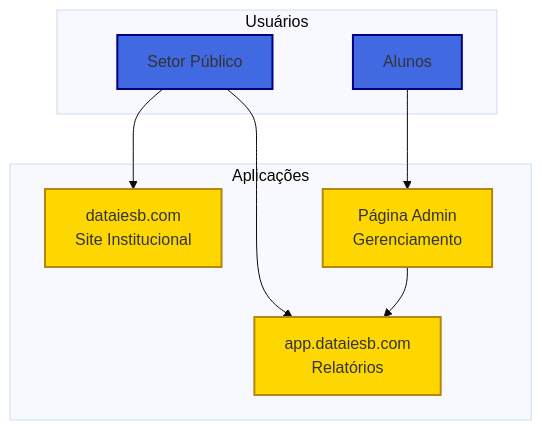
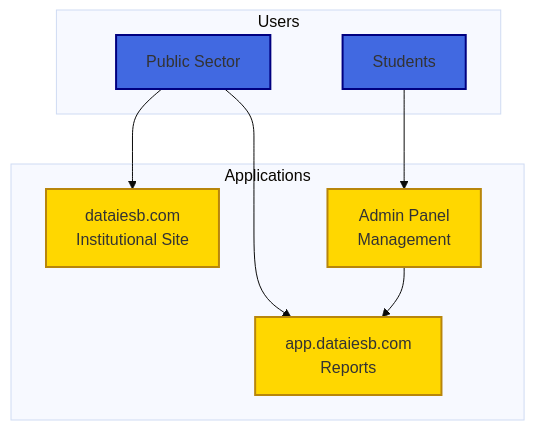
One commit to Data-iesb/Data-IESB changed the first of 4 diagrams in README.md. Above: the diagram before and after it, drawn with Mermaid (base theme). The commit also changed other lines of this file, not shown here.

````diff
--- a/README.md
+++ b/README.md
@@ -21,24 +25,24 @@
 ```mermaid
 graph TD
-    subgraph "Usuários"
-        U[Setor Público]
-        A[Alunos]
+    subgraph "Users"
+        U[Public Sector]
+        A[Students]
     end
     
-    subgraph "Aplicações"
-        W[dataiesb.com<br/>Site Institucional]
-        REP[app.dataiesb.com<br/>Relatórios]
-        ADM[Página Admin<br/>Gerenciamento]
+    subgraph "Applications"
+        W[dataiesb.com<br/>Institutional Site]
+        REP[app.dataiesb.com<br/>Reports]
+        ADM[Admin Panel<br/>Management]
     end
     
     U --> W
     U --> REP
     A --> ADM
     ADM --> REP
     
     classDef userClass fill:#4169E1,stroke:#000080,stroke-width:2px
     classDef appClass fill:#FFD700,stroke:#B8860B,stroke-width:2px
     
     class U,A userClass
     class W,REP,ADM appClass
 ```
````
